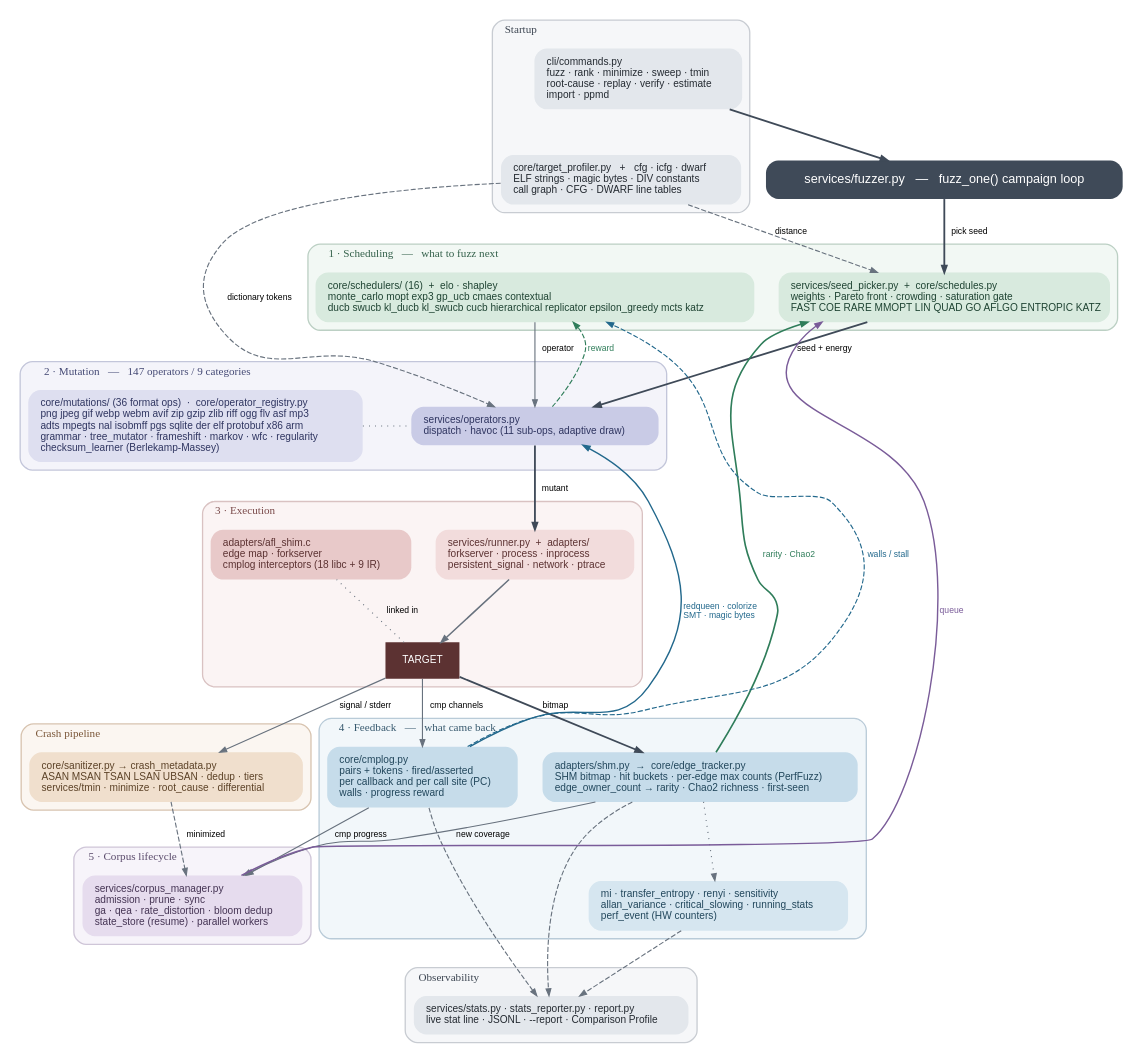
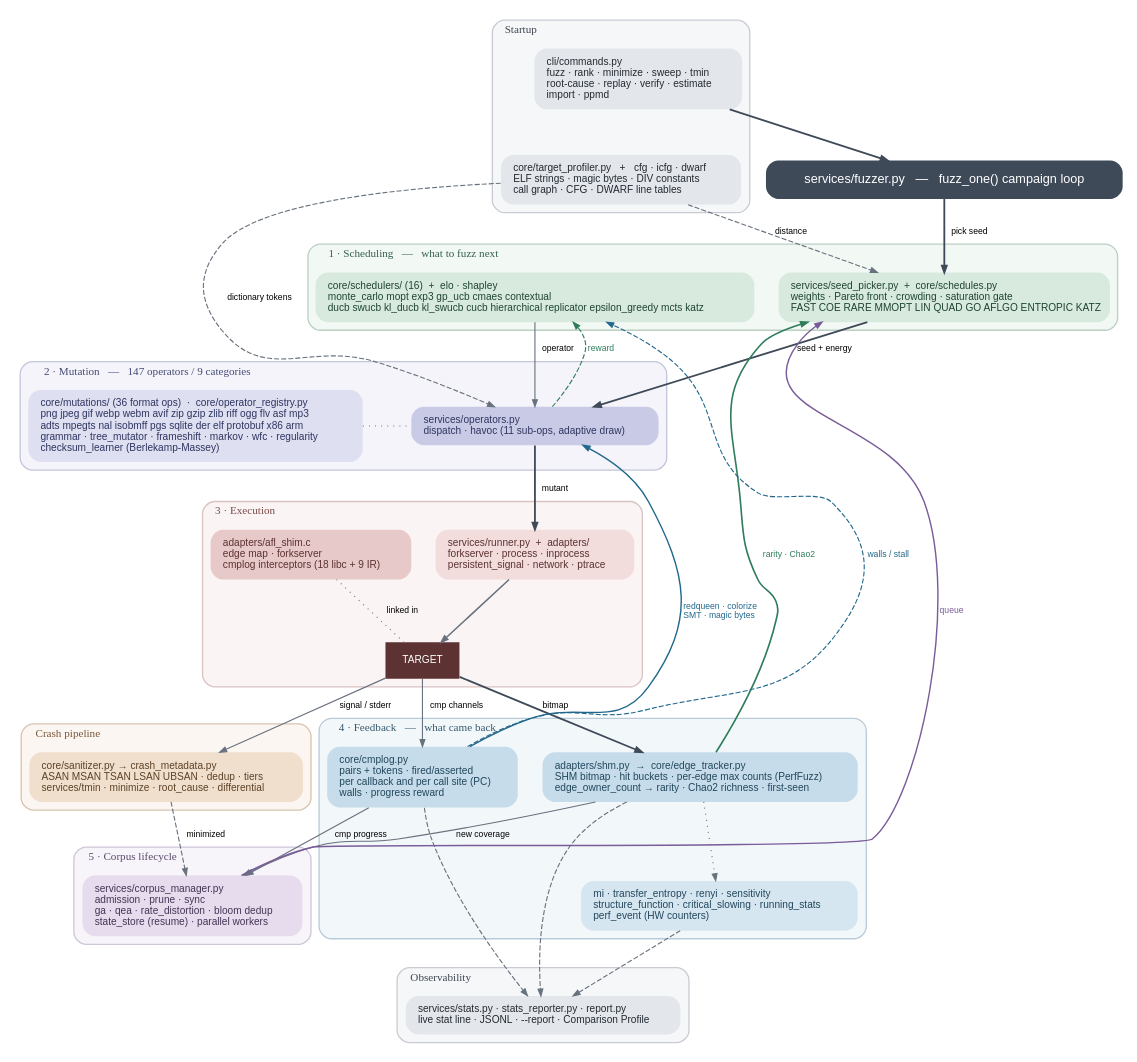
Before and after one commit to daedalus/fuzzer: the diagram in docs/architecture.dot, drawn with Graphviz. The commit also changed 6 other files, not shown here.

```diff
--- a/docs/architecture.dot
+++ b/docs/architecture.dot
@@ -1,162 +1,162 @@
 // fuzzer-tool subsystem architecture.
 //
 // Regenerate with:
 //   dot -Tpng -Gdpi=130 docs/architecture.dot -o docs/images/architecture.png
 //   dot -Tsvg            docs/architecture.dot -o docs/images/architecture.svg
 //
 // Node labels carry the real module paths under src/fuzzer_tool/, so the
 // diagram can be checked against the tree rather than trusted. Boxes are
 // subsystems, not files: a single box may cover several modules, and the
 // per-module detail lives in the README sections and docs/DEEP_DIVE.md.
 //
 // Reading order: the campaign loop runs down the dark spine -- pick a
 // seed, mutate it, execute it, measure what came back. The coloured edges
 // on the right are the return paths that close the loop:
 //   green  = coverage and reward feeding scheduling
 //   blue   = comparison signal feeding mutation and stall detection
 //   purple = corpus queue feeding seed selection
 
 digraph fuzzer_tool {
     rankdir=TB;
     compound=true;
     newrank=true;
     bgcolor="white";
     splines=spline;
     nodesep=0.34;
     ranksep=0.60;
 
     node [shape=box, style="rounded,filled", fontname="Helvetica",
           fontsize=10, margin="0.17,0.11", penwidth=0, color="#00000000"];
     edge [fontname="Helvetica", fontsize=8.5, color="#68727e",
           arrowsize=0.68, penwidth=1.1];
     graph [fontname="Helvetica Bold", fontsize=11,
            style="rounded,filled", penwidth=1.3, labeljust="l"];
 
     // ---------------------------------------------------------- startup
     subgraph cluster_start {
         label="Startup";
         color="#c8ccd2"; fillcolor="#f6f7f9"; fontcolor="#3c4551";
         cli [label="cli/commands.py\lfuzz · rank · minimize · sweep · tmin\lroot-cause · replay · verify · estimate\limport · ppmd\l",
              fillcolor="#e3e7ec", fontcolor="#242a31"];
         profiler [label="core/target_profiler.py   +   cfg · icfg · dwarf\lELF strings · magic bytes · DIV constants\lcall graph · CFG · DWARF line tables\l",
                   fillcolor="#e3e7ec", fontcolor="#242a31"];
     }
 
     fuzzer [label="services/fuzzer.py   —   fuzz_one() campaign loop",
             fillcolor="#3f4a58", fontcolor="white", fontsize=12.5,
             margin="0.28,0.16"];
 
     // ------------------------------------------------------- scheduling
     subgraph cluster_sched {
         label="1 · Scheduling   —   what to fuzz next";
         color="#bcd0c4"; fillcolor="#f2f8f4"; fontcolor="#33604a";
         picker [label="services/seed_picker.py  +  core/schedules.py\lweights · Pareto front · crowding · saturation gate\lFAST COE RARE MMOPT LIN QUAD GO AFLGO ENTROPIC KATZ\l",
                 fillcolor="#d8eade", fontcolor="#1f4433"];
         bandit [label="core/schedulers/ (16)  +  elo · shapley\lmonte_carlo mopt exp3 gp_ucb cmaes contextual\lducb swucb kl_ducb kl_swucb cucb hierarchical replicator epsilon_greedy mcts katz\l",
                 fillcolor="#d8eade", fontcolor="#1f4433"];
     }
 
     // --------------------------------------------------------- mutation
     subgraph cluster_mut {
         label="2 · Mutation   —   147 operators / 9 categories";
         color="#c3c6da"; fillcolor="#f4f4fa"; fontcolor="#454a75";
         ops [label="services/operators.py\ldispatch · havoc (11 sub-ops, adaptive draw)\l",
              fillcolor="#c9cbe6", fontcolor="#2f3560"];
         lib [label="core/mutations/ (36 format ops)  ·  core/operator_registry.py\lpng jpeg gif webp webm avif zip gzip zlib riff ogg flv asf mp3\ladts mpegts nal isobmff pgs sqlite der elf protobuf x86 arm\lgrammar · tree_mutator · frameshift · markov · wfc · regularity\lchecksum_learner (Berlekamp-Massey)\l",
              fillcolor="#dedff0", fontcolor="#2f3560"];
     }
 
     // -------------------------------------------------------- execution
     subgraph cluster_exec {
         label="3 · Execution";
         color="#d9c2c2"; fillcolor="#fbf4f4"; fontcolor="#7a4a4a";
         runner [label="services/runner.py  +  adapters/\lforkserver · process · inprocess\lpersistent_signal · network · ptrace\l",
                 fillcolor="#f2dcdc", fontcolor="#5c3232"];
         shim [label="adapters/afl_shim.c\ledge map · forkserver\lcmplog interceptors (18 libc + 9 IR)\l",
               fillcolor="#e8c9c9", fontcolor="#5c3232"];
         target [label="TARGET", fillcolor="#5c3232", fontcolor="white",
                 shape=box, style="filled", margin="0.24,0.14"];
     }
 
     // --------------------------------------------------------- feedback
     subgraph cluster_fb {
         label="4 · Feedback   —   what came back";
         color="#b9cbd8"; fillcolor="#f2f7fa"; fontcolor="#37596e";
         cov [label="adapters/shm.py  →  core/edge_tracker.py\lSHM bitmap · hit buckets · per-edge max counts (PerfFuzz)\ledge_owner_count → rarity · Chao2 richness · first-seen\l",
              fillcolor="#c6dcea", fontcolor="#22475c"];
         cmplog [label="core/cmplog.py\lpairs + tokens · fired/asserted\lper callback and per call site (PC)\lwalls · progress reward\l",
                 fillcolor="#c6dcea", fontcolor="#22475c"];
-        infoth [label="mi · transfer_entropy · renyi · sensitivity\lallan_variance · critical_slowing · running_stats\lperf_event (HW counters)\l",
+        infoth [label="mi · transfer_entropy · renyi · sensitivity\lstructure_function · critical_slowing · running_stats\lperf_event (HW counters)\l",
                 fillcolor="#d6e6f0", fontcolor="#22475c"];
     }
 
     // ----------------------------------------------------------- sinks
     subgraph cluster_corpus {
         label="5 · Corpus lifecycle";
         color="#cfc6d8"; fillcolor="#f7f4fa"; fontcolor="#5a4a6b";
         corpus [label="services/corpus_manager.py\ladmission · prune · sync\lga · qea · rate_distortion · bloom dedup\lstate_store (resume) · parallel workers\l",
                 fillcolor="#e6dcee", fontcolor="#453454"];
     }
 
     subgraph cluster_crash {
         label="Crash pipeline";
         color="#d8c4b0"; fillcolor="#fbf6f1"; fontcolor="#7a5638";
         crash [label="core/sanitizer.py → crash_metadata.py\lASAN MSAN TSAN LSAN UBSAN · dedup · tiers\lservices/tmin · minimize · root_cause · differential\l",
                fillcolor="#f0dfcd", fontcolor="#5c4227"];
     }
 
     subgraph cluster_obs {
         label="Observability";
         color="#c8ccd2"; fillcolor="#f6f7f9"; fontcolor="#3c4551";
         obs [label="services/stats.py · stats_reporter.py · report.py\llive stat line · JSONL · --report · Comparison Profile\l",
              fillcolor="#e3e7ec", fontcolor="#242a31"];
     }
 
     // ------------------------------------------------------------ spine
     cli -> fuzzer [penwidth=1.8, color="#3f4a58"];
     fuzzer -> picker [penwidth=1.8, color="#3f4a58", label="  pick seed"];
     picker -> ops [penwidth=1.8, color="#3f4a58", label="  seed + energy"];
     ops -> runner [penwidth=1.8, color="#3f4a58", label="  mutant"];
     runner -> target [penwidth=1.5];
     target -> cov [penwidth=1.8, color="#3f4a58", label="  bitmap"];
 
     // startup feeds
     profiler -> ops [style=dashed, label="dictionary tokens  "];
     profiler -> picker [style=dashed, label="distance  "];
 
     // within-stage
     bandit -> ops [label="  operator"];
     lib -> ops [dir=none, style=dotted];
     shim -> target [dir=none, style=dotted, label="  linked in"];
 
     // target outputs
     target -> cmplog [label="  cmp channels"];
     target -> crash [label="  signal / stderr"];
 
     // downstream
     cov -> infoth [style=dotted];
     cov -> corpus [label="  new coverage"];
     cmplog -> corpus [label="  cmp progress"];
     crash -> corpus [style=dashed, label="  minimized"];
 
     cov -> obs [style=dashed];
     cmplog -> obs [style=dashed];
     infoth -> obs [style=dashed];
 
     // ------------------------------------------------------ return edges
     cov -> picker [constraint=false, color="#2f7d5a", penwidth=1.6,
                    label="rarity · Chao2  ", fontcolor="#2f7d5a"];
     corpus -> picker [constraint=false, color="#7a5c99", penwidth=1.4,
                       label="queue  ", fontcolor="#7a5c99"];
     ops -> bandit [constraint=false, style=dashed, color="#2f7d5a",
                    label="reward  ", fontcolor="#2f7d5a"];
     cmplog -> ops [constraint=false, color="#22688c", penwidth=1.4,
                    label="  redqueen · colorize\l  SMT · magic bytes\l",
                    fontcolor="#22688c"];
     cmplog -> bandit [constraint=false, style=dashed, color="#22688c",
                       label="walls / stall  ", fontcolor="#22688c"];
 
     { rank=same; picker; bandit; }
     { rank=same; ops; lib; }
     { rank=same; cov; cmplog; }
 }
```
